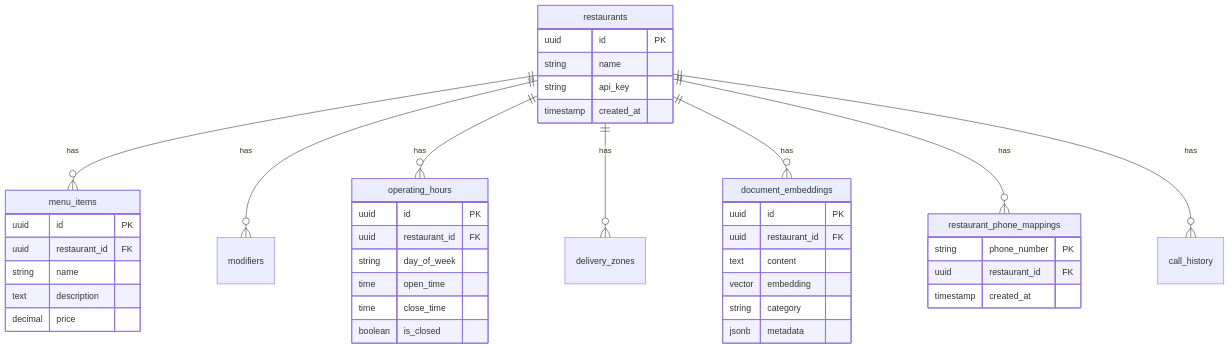
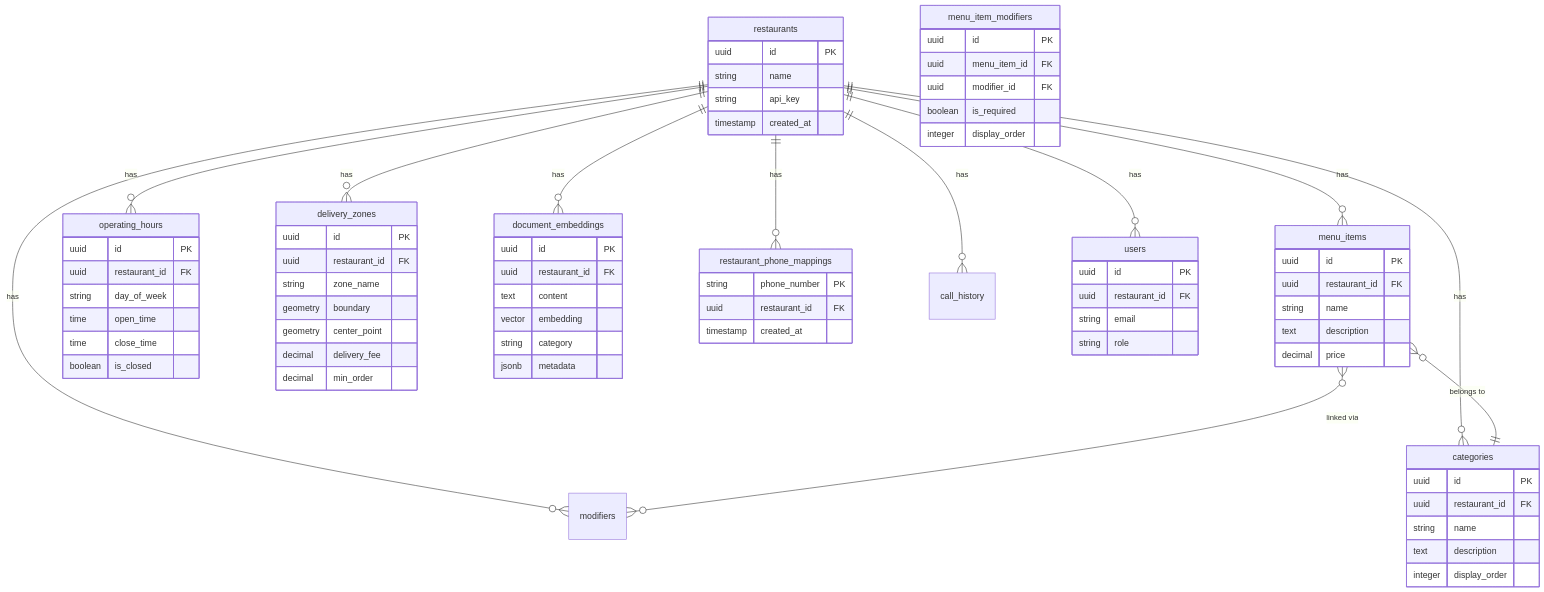
Before and after one commit to StephaneWamba/CallEats: the fifth of 5 diagrams in backend/docs/ARCHITECTURE.md, drawn with Mermaid. The commit also changed other lines of this file and 62 other files, not shown here.

````diff
--- a/backend/docs/ARCHITECTURE.md
+++ b/backend/docs/ARCHITECTURE.md
@@ -141,11 +141,15 @@
 erDiagram
     restaurants ||--o{ menu_items : has
     restaurants ||--o{ modifiers : has
+    restaurants ||--o{ categories : has
     restaurants ||--o{ operating_hours : has
     restaurants ||--o{ delivery_zones : has
     restaurants ||--o{ document_embeddings : has
     restaurants ||--o{ restaurant_phone_mappings : has
     restaurants ||--o{ call_history : has
+    restaurants ||--o{ users : has
+    menu_items }o--o{ modifiers : "linked via"
+    menu_items }o--|| categories : "belongs to"
 
     restaurants {
         uuid id PK
@@ -185,4 +189,37 @@
         time close_time
         boolean is_closed
     }
+
+    categories {
+        uuid id PK
+        uuid restaurant_id FK
+        string name
+        text description
+        integer display_order
+    }
+
+    menu_item_modifiers {
+        uuid id PK
+        uuid menu_item_id FK
+        uuid modifier_id FK
+        boolean is_required
+        integer display_order
+    }
+
+    users {
+        uuid id PK
+        uuid restaurant_id FK
+        string email
+        string role
+    }
+
+    delivery_zones {
+        uuid id PK
+        uuid restaurant_id FK
+        string zone_name
+        geometry boundary
+        geometry center_point
+        decimal delivery_fee
+        decimal min_order
+    }
 ```
````
